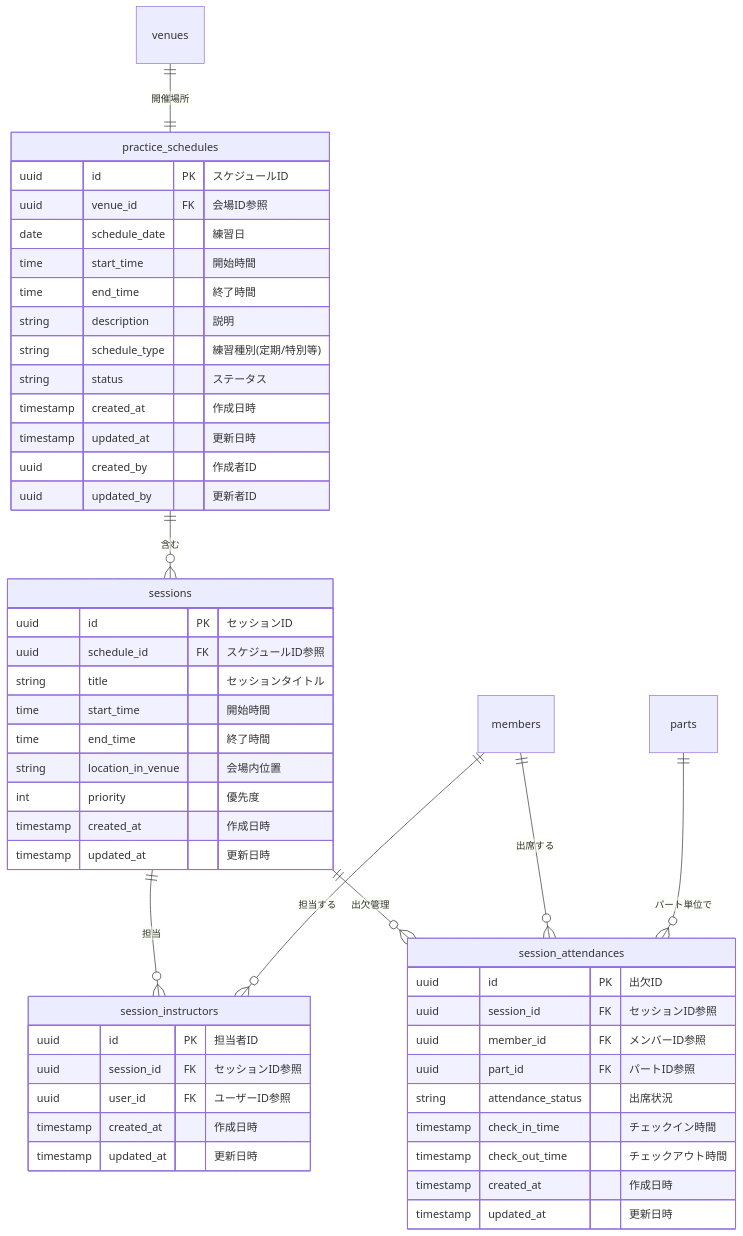
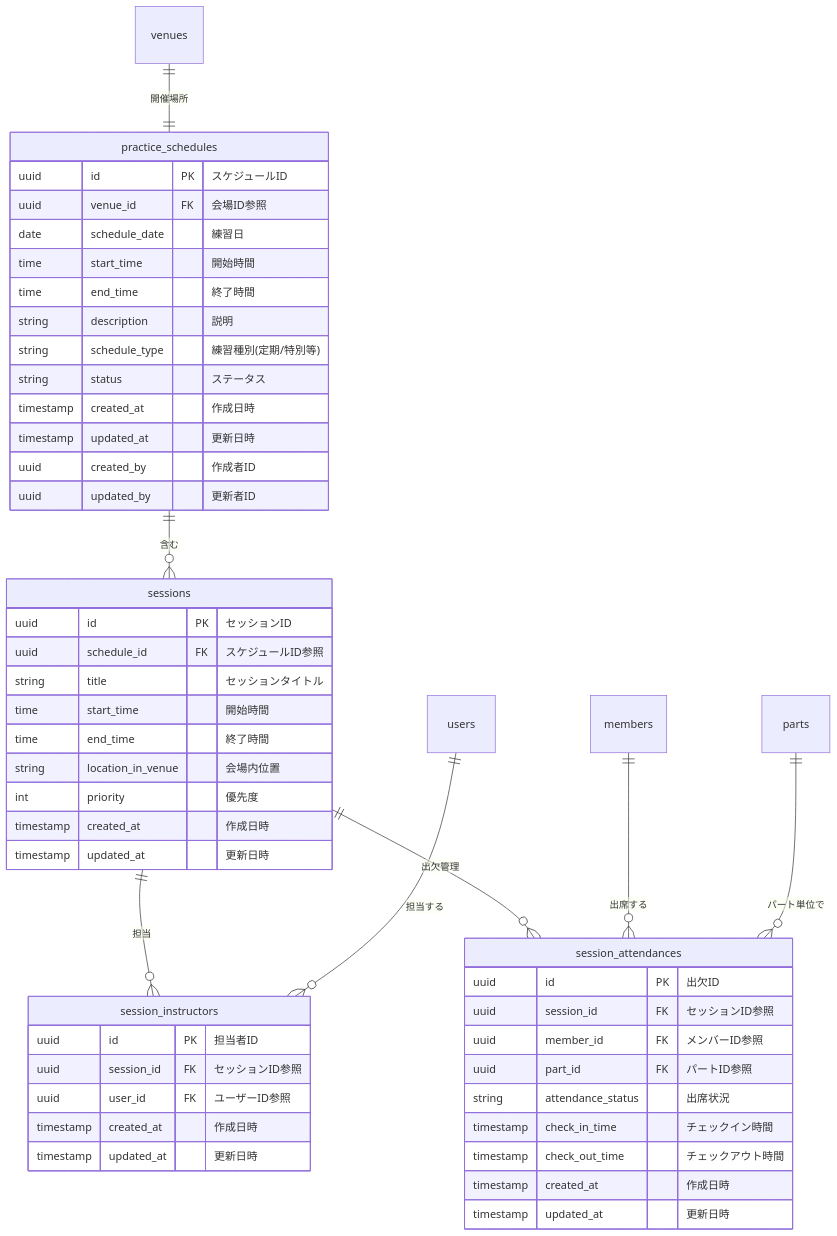
One commit to NowatariSoma/tomosigoto_nou_system changed the diagram in tickets/phase_1/backend/BACK-DB-001/BACK-DB-001.3/README.md. Above: the diagram before and after it, drawn with Mermaid.

````diff
--- a/tickets/phase_1/backend/BACK-DB-001/BACK-DB-001.3/README.md
+++ b/tickets/phase_1/backend/BACK-DB-001/BACK-DB-001.3/README.md
@@ -84,57 +84,57 @@
 ```mermaid
 erDiagram
     practice_schedules ||--o{ sessions : "含む"
     sessions ||--o{ session_instructors : "担当"
     sessions ||--o{ session_attendances : "出欠管理"
     venues ||--|| practice_schedules : "開催場所"
-    members ||--o{ session_instructors : "担当する"
+    users ||--o{ session_instructors : "担当する"
     members ||--o{ session_attendances : "出席する"
     parts ||--o{ session_attendances : "パート単位で"
     
     practice_schedules {
         uuid id PK "スケジュールID"
         uuid venue_id FK "会場ID参照"
         date schedule_date "練習日"
         time start_time "開始時間"
         time end_time "終了時間"
         string description "説明"
         string schedule_type "練習種別(定期/特別等)"
         string status "ステータス"
         timestamp created_at "作成日時"
         timestamp updated_at "更新日時"
         uuid created_by "作成者ID"
         uuid updated_by "更新者ID"
     }
     
     sessions {
         uuid id PK "セッションID"
         uuid schedule_id FK "スケジュールID参照"
         string title "セッションタイトル"
         time start_time "開始時間"
         time end_time "終了時間"
         string location_in_venue "会場内位置"
         int priority "優先度"
         timestamp created_at "作成日時"
         timestamp updated_at "更新日時"
     }
     
     session_instructors {
         uuid id PK "担当者ID"
         uuid session_id FK "セッションID参照"
         uuid user_id FK "ユーザーID参照"
         timestamp created_at "作成日時"
         timestamp updated_at "更新日時"
     }
     
     session_attendances {
         uuid id PK "出欠ID"
         uuid session_id FK "セッションID参照"
         uuid member_id FK "メンバーID参照"
         uuid part_id FK "パートID参照"
         string attendance_status "出席状況"
         timestamp check_in_time "チェックイン時間"
         timestamp check_out_time "チェックアウト時間"
         timestamp created_at "作成日時"
         timestamp updated_at "更新日時"
     }
 ```
````
